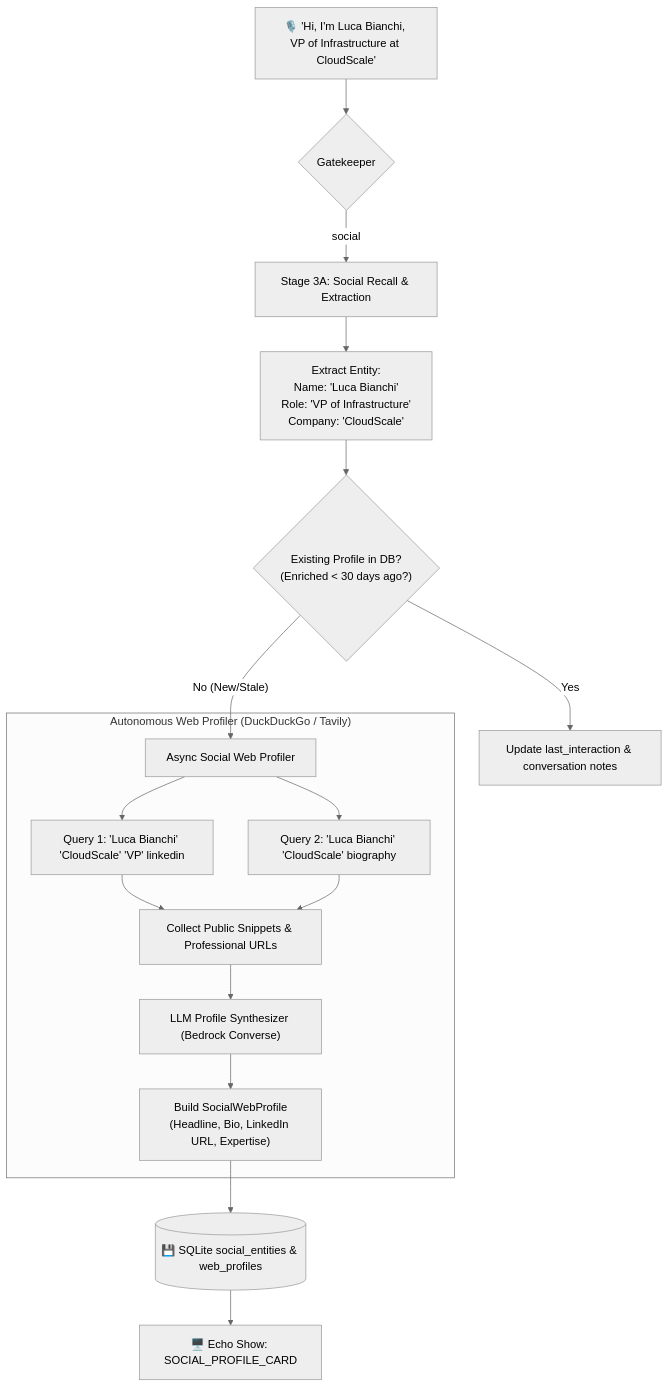
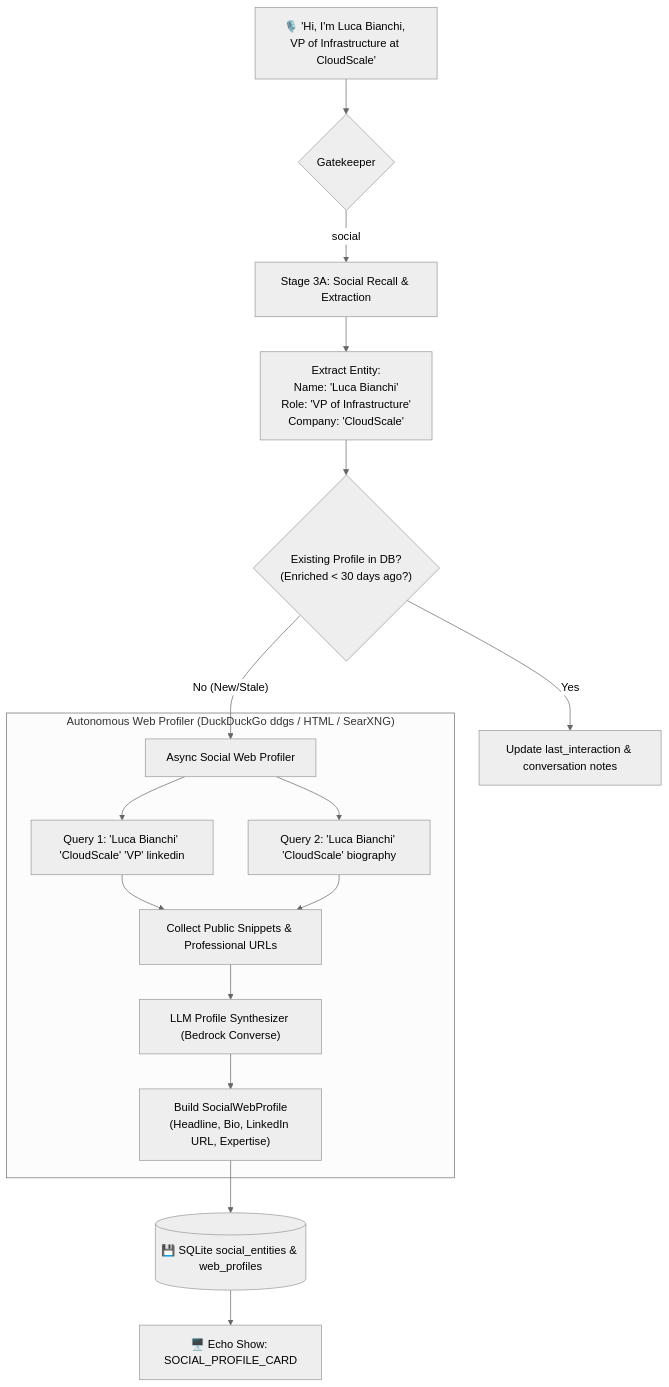
One commit to D3M1S22/examen changed the diagram in docs/next_steps/06_social_web_enrichment.md. Above: the diagram before and after it, drawn with Mermaid (neutral theme). The commit also changed other lines of this file and 18 other files, not shown here.

First line of the commit message:
chore(docs): Update architecture and pipeline documentation for EXAMEN

````diff
--- a/docs/next_steps/06_social_web_enrichment.md
+++ b/docs/next_steps/06_social_web_enrichment.md
@@ -26,25 +26,25 @@
 ```mermaid
 flowchart TD
     AUDIO["🎙️ 'Hi, I'm Luca Bianchi, VP of Infrastructure at CloudScale'"] --> GK{"Gatekeeper"}
     
     GK -- "social" --> S3A["Stage 3A: Social Recall & Extraction"]
     
     S3A --> PARSE["Extract Entity:<br/>Name: 'Luca Bianchi'<br/>Role: 'VP of Infrastructure'<br/>Company: 'CloudScale'"]
     
     PARSE --> DB_CHECK{"Existing Profile in DB?<br/>(Enriched < 30 days ago?)"}
     
     DB_CHECK -- "Yes" --> MERGE_NOTES["Update last_interaction & conversation notes"]
     DB_CHECK -- "No (New/Stale)" --> SEARCH_DISPATCH["Async Social Web Profiler"]
     
-    subgraph Web_Profiling_Engine ["Autonomous Web Profiler (DuckDuckGo / Tavily)"]
+    subgraph Web_Profiling_Engine ["Autonomous Web Profiler (DuckDuckGo ddgs / HTML / SearXNG)"]
         SEARCH_DISPATCH --> Q1["Query 1: 'Luca Bianchi' 'CloudScale' 'VP' linkedin"]
         SEARCH_DISPATCH --> Q2["Query 2: 'Luca Bianchi' 'CloudScale' biography"]
         Q1 --> HARVEST["Collect Public Snippets & Professional URLs"]
         Q2 --> HARVEST
         HARVEST --> LLM_SYNTH["LLM Profile Synthesizer (Bedrock Converse)"]
         LLM_SYNTH --> PROFILE["Build SocialWebProfile<br/>(Headline, Bio, LinkedIn URL, Expertise)"]
     end
     
     PROFILE --> DB_PERSIST[("💾 SQLite social_entities & web_profiles")]
     DB_PERSIST --> ECHO_SHOW["🖥️ Echo Show: SOCIAL_PROFILE_CARD"]
 ```
````
